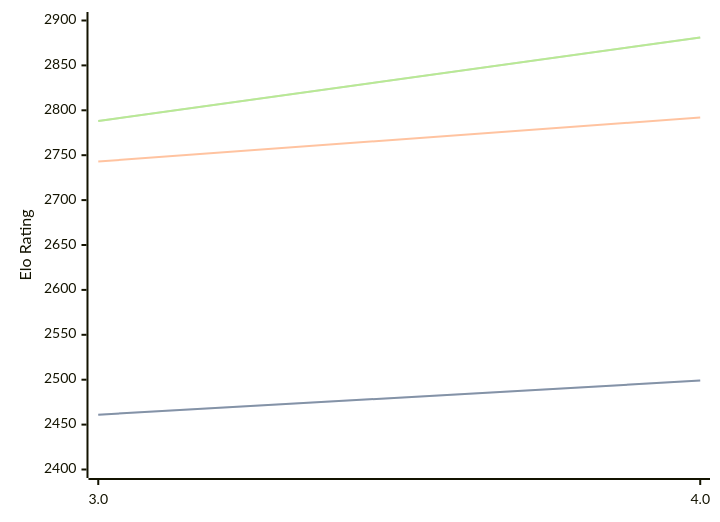
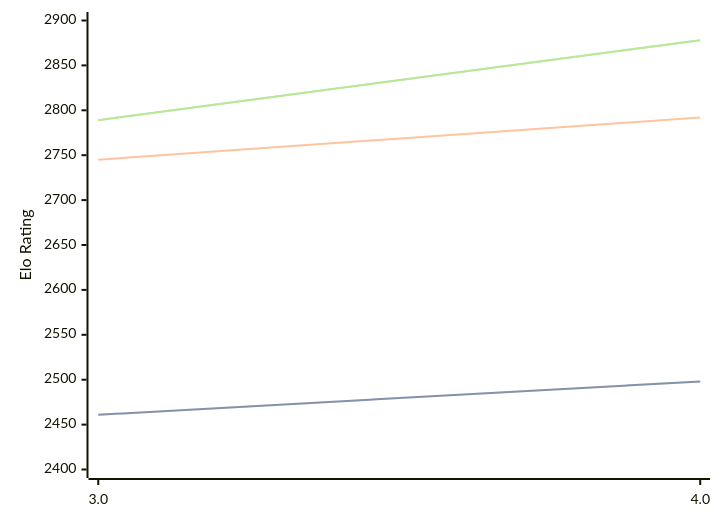
One commit to computer-chess-index/cci changed the third of 3 diagrams in engines/Chess3.md. Above: the diagram before and after it, drawn with Mermaid. The commit also changed other lines of this file, not shown here.

Commit message:
Update CCI Ratings (ELO VLTC) - 2026-06-23

````diff
--- a/engines/Chess3.md
+++ b/engines/Chess3.md
@@ -67,11 +67,11 @@
 ```mermaid
 %%{init: {"theme":"base","themeVariables":{"seriesColors:['#a3a3a3','#222221','#faa371']}}}%%
 xychart-beta
   x-axis ["3.0", "4.0"]
   y-axis "Elo Rating" 2400 --> 2900
-  line "STC (8.0+0.08s)" [2461, 2499]
-  line "STC (8.0+0.08s)" [2461, 2499]
-  line "LTC (60.0+0.60s)" [2743, 2792]
-  line "VLTC (2m24s+1.12s)" [2788, 2881]
-  line "VLTC (2m24s+1.12s)" [2788, 2881]
+  line "STC (8.0+0.08s)" [2461, 2498]
+  line "STC (8.0+0.08s)" [2461, 2498]
+  line "LTC (60.0+0.60s)" [2745, 2792]
+  line "VLTC (2m24s+1.12s)" [2789, 2878]
+  line "VLTC (2m24s+1.12s)" [2789, 2878]
 ```
````
